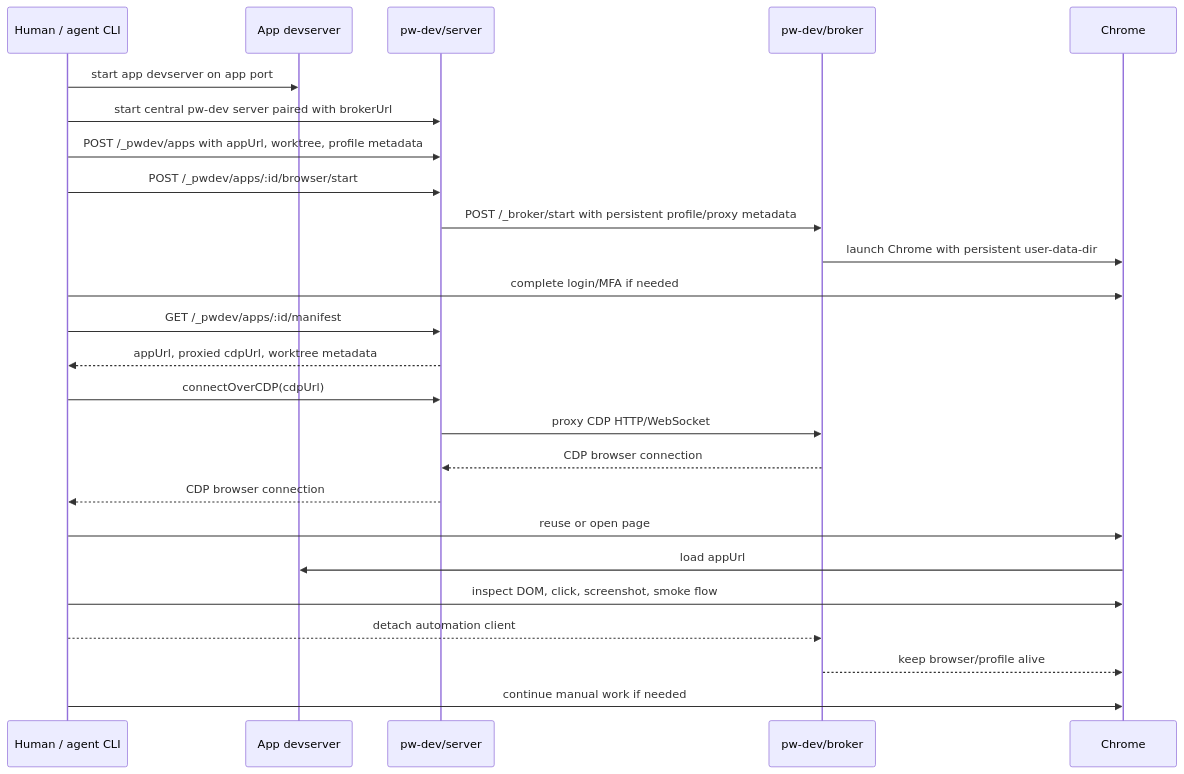
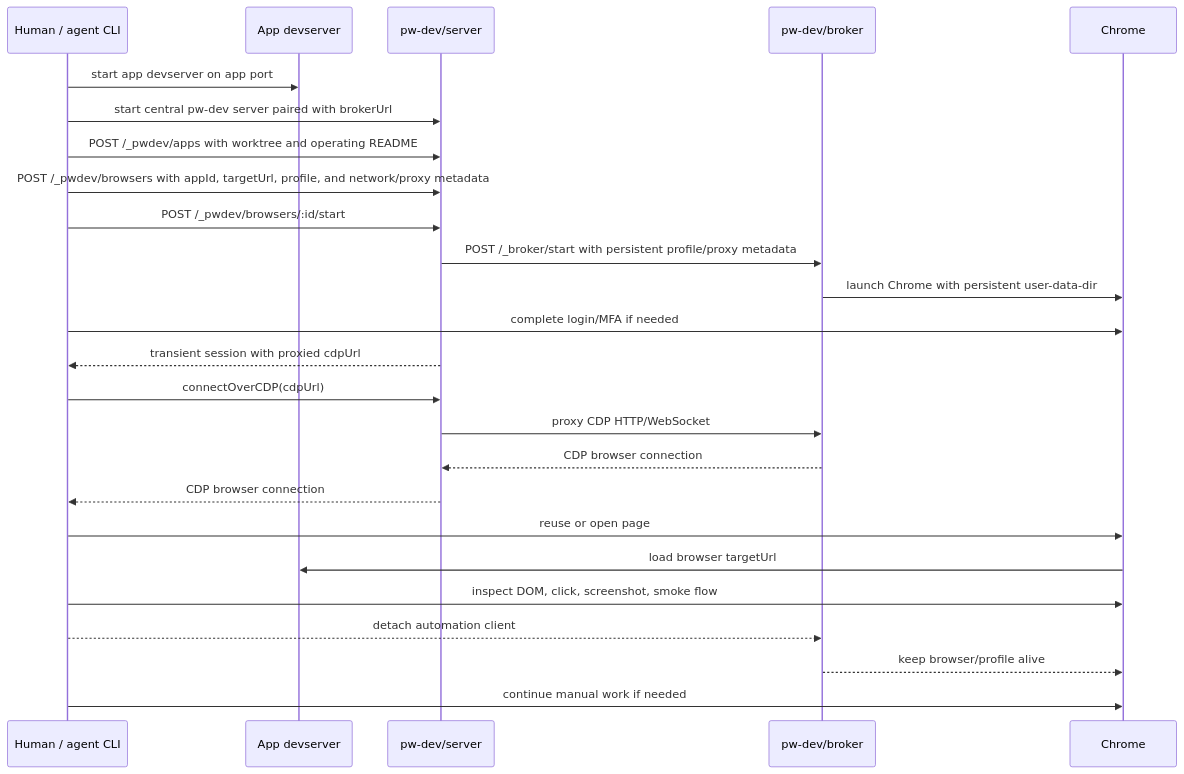
The second of 3 diagrams in docs/architecture.md (sloppygadget-bot/pw-dev), drawn with Mermaid before and after one commit. The commit also changed other lines of this file and 7 other files, not shown here.

Commit message:
feat(server): center browser lifecycle on templates

````diff
--- a/docs/architecture.md
+++ b/docs/architecture.md
@@ -43,32 +57,32 @@
 ```mermaid
 sequenceDiagram
   participant Human as Human / agent CLI
   participant App as App devserver
   participant Server as pw-dev/server
   participant Broker as pw-dev/broker
   participant Chrome as Chrome
 
   Human->>App: start app devserver on app port
   Human->>Server: start central pw-dev server paired with brokerUrl
-  Human->>Server: POST /_pwdev/apps with appUrl, worktree, profile metadata
-  Human->>Server: POST /_pwdev/apps/:id/browser/start
+  Human->>Server: POST /_pwdev/apps with worktree and operating README
+  Human->>Server: POST /_pwdev/browsers with appId, targetUrl, profile, and network/proxy metadata
+  Human->>Server: POST /_pwdev/browsers/:id/start
   Server->>Broker: POST /_broker/start with persistent profile/proxy metadata
   Broker->>Chrome: launch Chrome with persistent user-data-dir
   Human->>Chrome: complete login/MFA if needed
 
-  Human->>Server: GET /_pwdev/apps/:id/manifest
-  Server-->>Human: appUrl, proxied cdpUrl, worktree metadata
+  Server-->>Human: transient session with proxied cdpUrl
 
   Human->>Server: connectOverCDP(cdpUrl)
   Server->>Broker: proxy CDP HTTP/WebSocket
   Broker-->>Server: CDP browser connection
   Server-->>Human: CDP browser connection
 
   Human->>Chrome: reuse or open page
-  Chrome->>App: load appUrl
+  Chrome->>App: load browser targetUrl
   Human->>Chrome: inspect DOM, click, screenshot, smoke flow
 
   Human-->>Broker: detach automation client
   Broker-->>Chrome: keep browser/profile alive
   Human->>Chrome: continue manual work if needed
 ```
````
